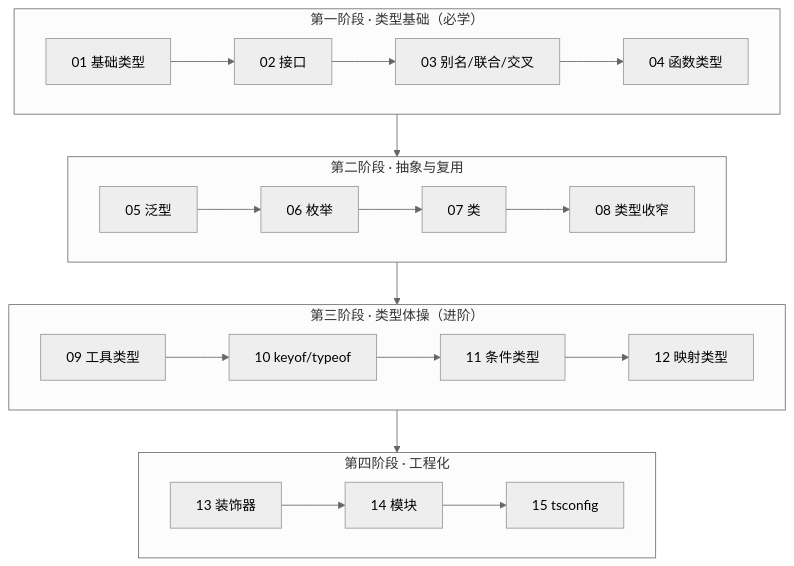
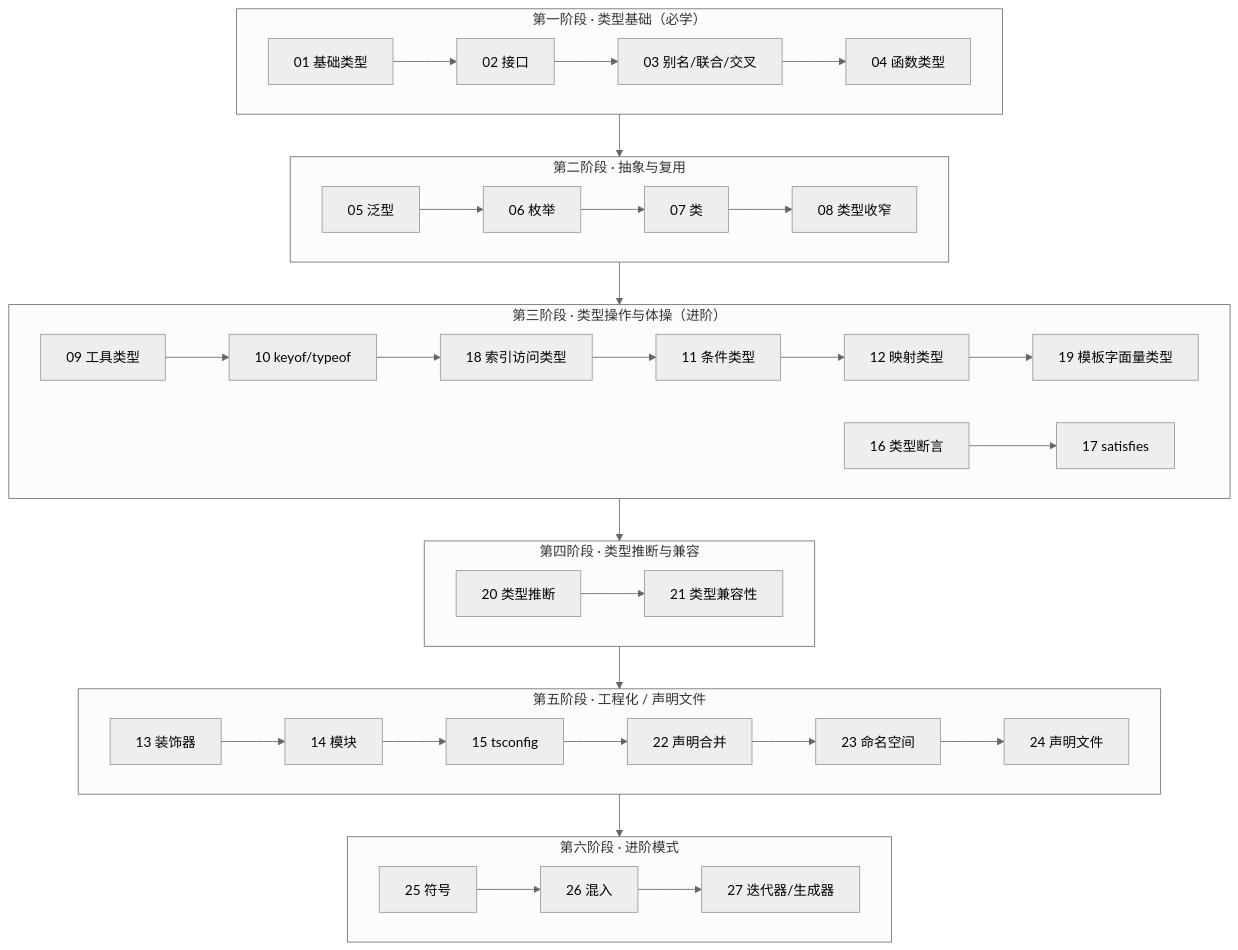
One commit to boyley/frontend-learning changed the second of 2 diagrams in 06-typescript/README.md. Above: the diagram before and after it, drawn with Mermaid (neutral theme). The commit also changed other lines of this file and 26 other files, not shown here.

````diff
--- a/06-typescript/README.md
+++ b/06-typescript/README.md
@@ -43,23 +55,36 @@
 ```mermaid
 flowchart TD
     subgraph S1["第一阶段 · 类型基础（必学）"]
         M01[01 基础类型] --> M02[02 接口]
         M02 --> M03[03 别名/联合/交叉]
         M03 --> M04[04 函数类型]
     end
     subgraph S2["第二阶段 · 抽象与复用"]
         M05[05 泛型] --> M06[06 枚举]
         M06 --> M07[07 类]
         M07 --> M08[08 类型收窄]
     end
-    subgraph S3["第三阶段 · 类型体操（进阶）"]
+    subgraph S3["第三阶段 · 类型操作与体操（进阶）"]
         M09[09 工具类型] --> M10[10 keyof/typeof]
-        M10 --> M11[11 条件类型]
+        M10 --> M18[18 索引访问类型]
+        M18 --> M11[11 条件类型]
         M11 --> M12[12 映射类型]
+        M12 --> M19[19 模板字面量类型]
+        M16[16 类型断言] --> M17[17 satisfies]
     end
-    subgraph S4["第四阶段 · 工程化"]
+    subgraph S4["第四阶段 · 类型推断与兼容"]
+        M20[20 类型推断] --> M21[21 类型兼容性]
+    end
+    subgraph S5["第五阶段 · 工程化 / 声明文件"]
         M13[13 装饰器] --> M14[14 模块]
         M14 --> M15[15 tsconfig]
+        M15 --> M22[22 声明合并]
+        M22 --> M23[23 命名空间]
+        M23 --> M24[24 声明文件]
     end
-    S1 --> S2 --> S3 --> S4
+    subgraph S6["第六阶段 · 进阶模式"]
+        M25[25 符号] --> M26[26 混入]
+        M26 --> M27[27 迭代器/生成器]
+    end
+    S1 --> S2 --> S3 --> S4 --> S5 --> S6
 ```
````
